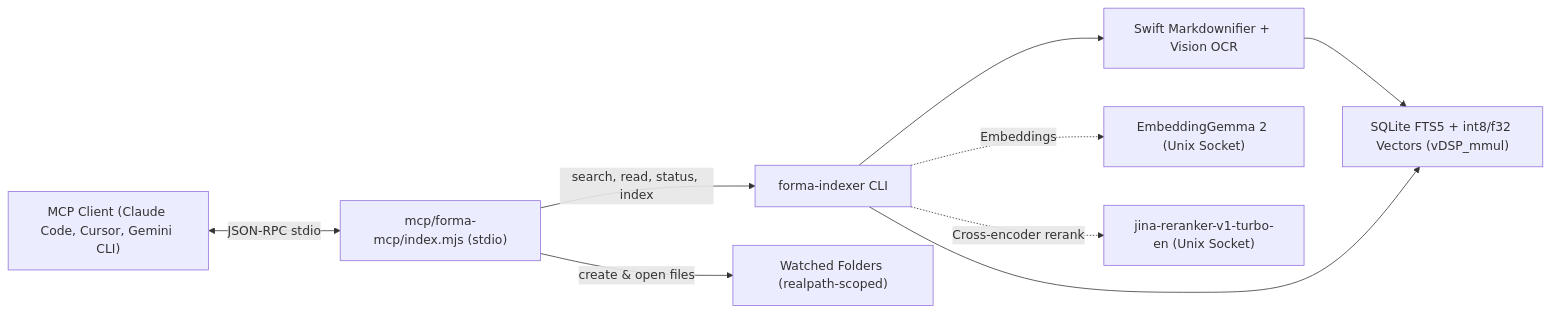
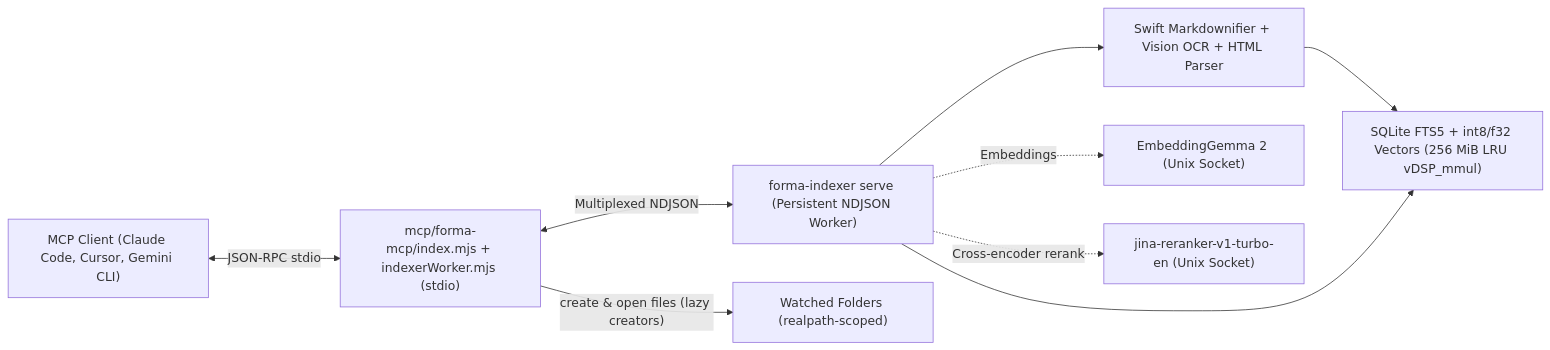
The diagram in mcp/forma-mcp/README.md (mihird94/forma-office), drawn with Mermaid before and after one commit. The commit also changed 1 other file, not shown here.

Commit message:
Sync README and MCP diagrams with Live HTML Review Mode and persistent worker

````diff
--- a/mcp/forma-mcp/README.md
+++ b/mcp/forma-mcp/README.md
@@ -9,20 +9,20 @@
 ```mermaid
 flowchart LR
   Client["MCP Client (Claude Code, Cursor, Gemini CLI)"]
-  Server["mcp/forma-mcp/index.mjs (stdio)"]
-  CLI["forma-indexer CLI"]
-  Extract["Swift Markdownifier + Vision OCR"]
-  Index["SQLite FTS5 + int8/f32 Vectors (vDSP_mmul)"]
+  Server["mcp/forma-mcp/index.mjs + indexerWorker.mjs (stdio)"]
+  Worker["forma-indexer serve (Persistent NDJSON Worker)"]
+  Extract["Swift Markdownifier + Vision OCR + HTML Parser"]
+  Index["SQLite FTS5 + int8/f32 Vectors (256 MiB LRU vDSP_mmul)"]
   Embed["EmbeddingGemma 2 (Unix Socket)"]
   Rerank["jina-reranker-v1-turbo-en (Unix Socket)"]
   Files["Watched Folders (realpath-scoped)"]
 
   Client <-->|"JSON-RPC stdio"| Server
-  Server -->|"search, read, status, index"| CLI
-  Server -->|"create & open files"| Files
-  CLI --> Extract
+  Server <-->|"Multiplexed NDJSON"| Worker
+  Server -->|"create & open files (lazy creators)"| Files
+  Worker --> Extract
   Extract --> Index
-  CLI --> Index
-  CLI -.->|"Embeddings"| Embed
-  CLI -.->|"Cross-encoder rerank"| Rerank
+  Worker --> Index
+  Worker -.->|"Embeddings"| Embed
+  Worker -.->|"Cross-encoder rerank"| Rerank
 ```
````
